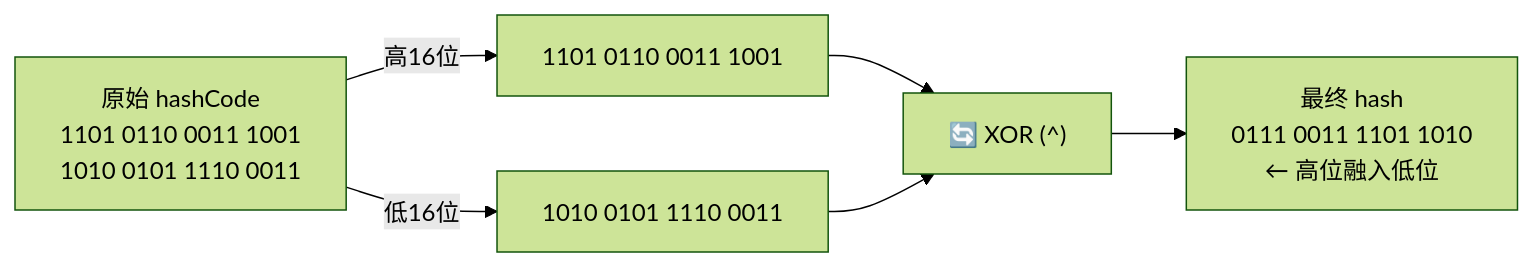
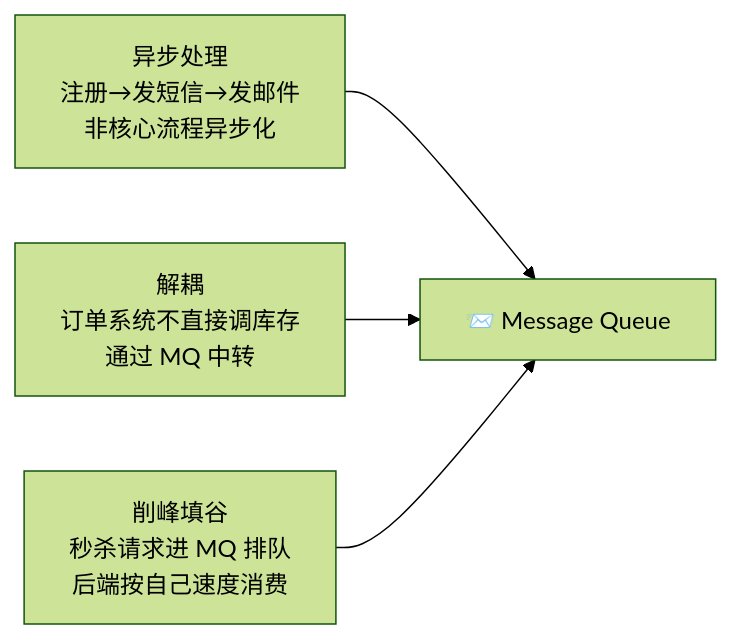
Before and after one commit to pj-mmsn/MMSN-knowledge: the fifth of 8 diagrams in 01-Projects/面试突击手册-Java+AI.md, drawn with Mermaid (forest theme). The commit also changed other lines of this file and 1 other file, not shown here.

````diff
--- a/01-Projects/面试突击手册-Java+AI.md
+++ b/01-Projects/面试突击手册-Java+AI.md
@@ -76,9 +273,10 @@
 ```mermaid
 flowchart LR
-    H["原始 hashCode<br/>1101 0110 0011 1001<br/>1010 0101 1110 0011"]
-    H -->|"高16位"| HIGH["1101 0110 0011 1001"]
-    H -->|"低16位"| LOW["1010 0101 1110 0011"]
-    HIGH --> XOR["🔄 XOR (^)"]
-    LOW --> XOR
-    XOR --> FINAL["最终 hash<br/>0111 0011 1101 1010<br/>← 高位融入低位"]
+    ASYNC["异步处理<br/>注册→发短信→发邮件<br/>非核心流程异步化"]
+    DECOUPLE["解耦<br/>订单系统不直接调库存<br/>通过 MQ 中转"]
+    PEAK["削峰填谷<br/>秒杀请求进 MQ 排队<br/>后端按自己速度消费"]
+
+    ASYNC --> MQ["📨 Message Queue"]
+    DECOUPLE --> MQ
+    PEAK --> MQ
 ```
````
